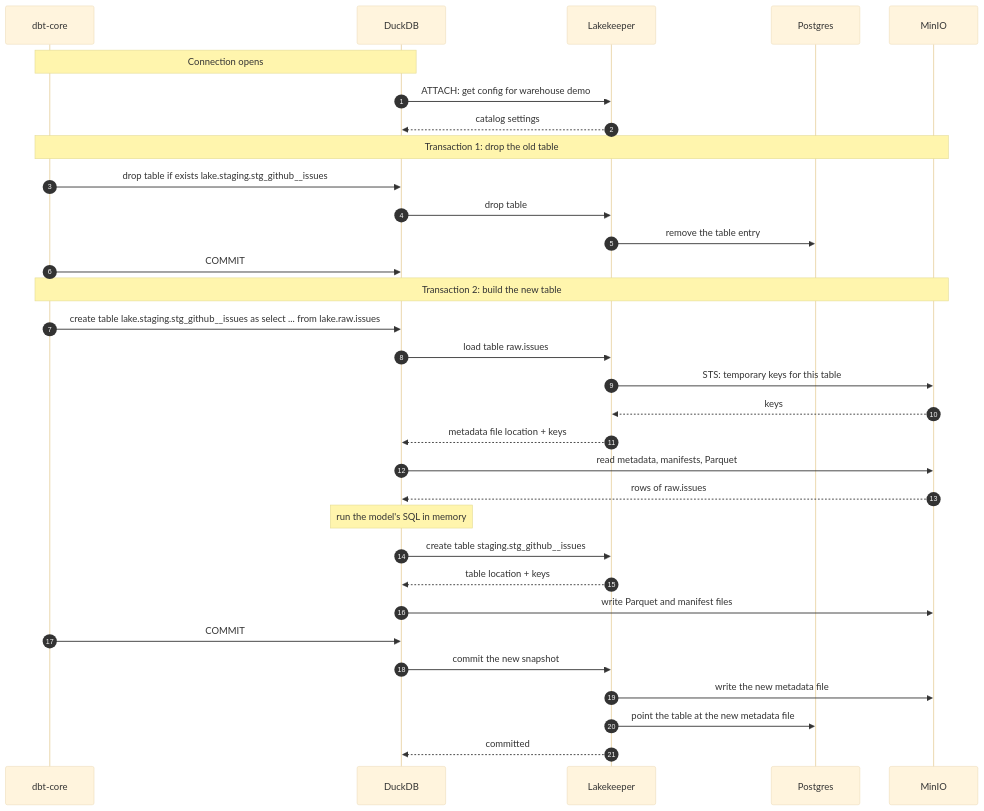
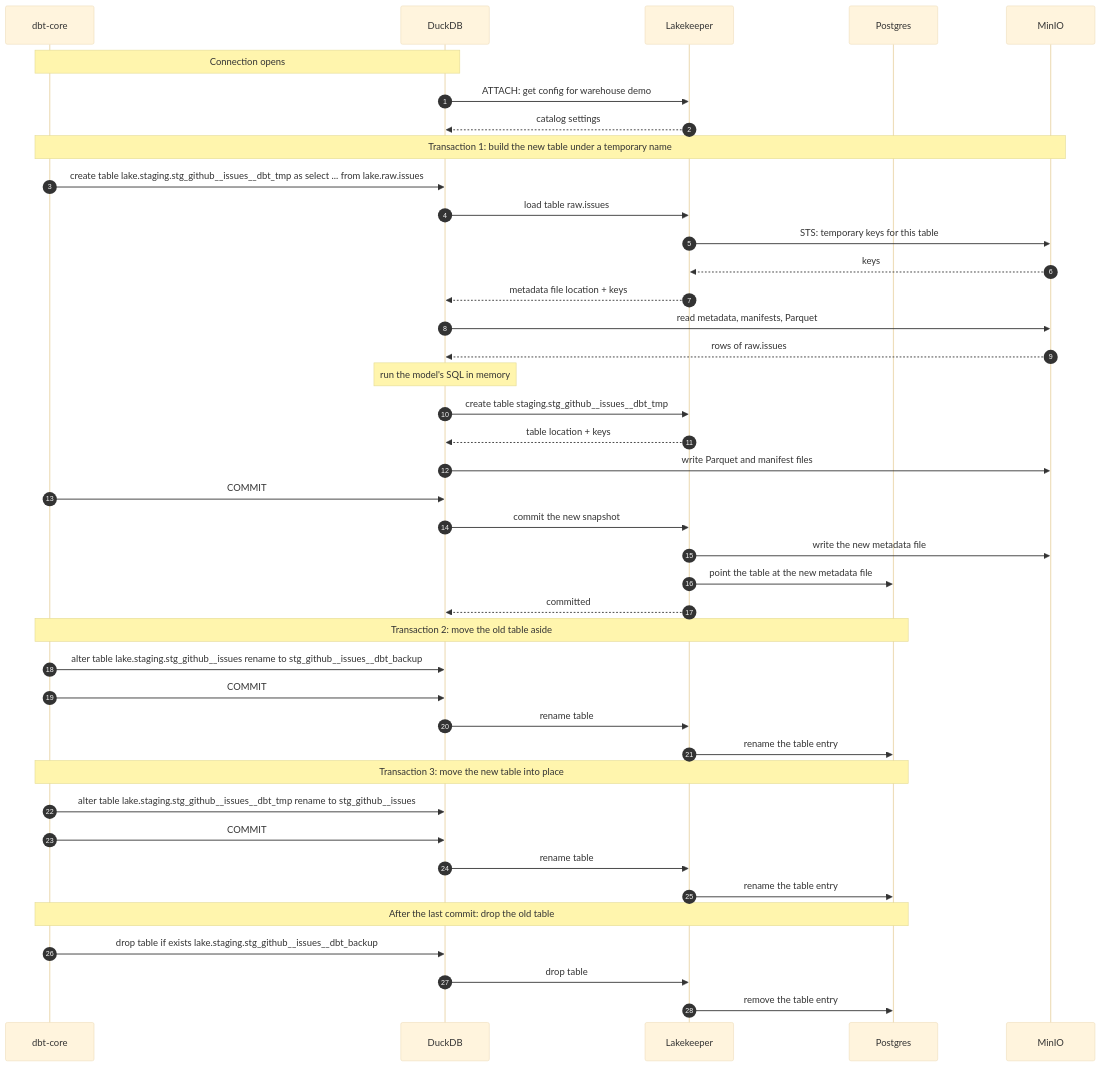
One commit to jeremiah-wa/iceberg-elt-demo changed the third of 5 diagrams in transform/docs/architecture.md. Above: the diagram before and after it, drawn with Mermaid (base theme). The commit also changed other lines of this file and 3 other files, not shown here.

````diff
--- a/transform/docs/architecture.md
+++ b/transform/docs/architecture.md
@@ -111,37 +111,48 @@
 ```mermaid
 sequenceDiagram
     autonumber
     participant dbt as dbt-core
     participant duck as DuckDB
     participant lk as Lakekeeper
     participant pg as Postgres
     participant s3 as MinIO
 
     Note over dbt,duck: Connection opens
     duck->>lk: ATTACH: get config for warehouse demo
     lk-->>duck: catalog settings
 
-    Note over dbt,s3: Transaction 1: drop the old table
-    dbt->>duck: drop table if exists lake.staging.stg_github__issues
-    duck->>lk: drop table
-    lk->>pg: remove the table entry
-    dbt->>duck: COMMIT
-
-    Note over dbt,s3: Transaction 2: build the new table
-    dbt->>duck: create table lake.staging.stg_github__issues as select ... from lake.raw.issues
+    Note over dbt,s3: Transaction 1: build the new table under a temporary name
+    dbt->>duck: create table lake.staging.stg_github__issues__dbt_tmp as select ... from lake.raw.issues
     duck->>lk: load table raw.issues
     lk->>s3: STS: temporary keys for this table
     s3-->>lk: keys
     lk-->>duck: metadata file location + keys
     duck->>s3: read metadata, manifests, Parquet
     s3-->>duck: rows of raw.issues
     Note over duck: run the model's SQL in memory
-    duck->>lk: create table staging.stg_github__issues
+    duck->>lk: create table staging.stg_github__issues__dbt_tmp
     lk-->>duck: table location + keys
     duck->>s3: write Parquet and manifest files
     dbt->>duck: COMMIT
     duck->>lk: commit the new snapshot
     lk->>s3: write the new metadata file
     lk->>pg: point the table at the new metadata file
     lk-->>duck: committed
+
+    Note over dbt,pg: Transaction 2: move the old table aside
+    dbt->>duck: alter table lake.staging.stg_github__issues rename to stg_github__issues__dbt_backup
+    dbt->>duck: COMMIT
+    duck->>lk: rename table
+    lk->>pg: rename the table entry
+
+    Note over dbt,pg: Transaction 3: move the new table into place
+    dbt->>duck: alter table lake.staging.stg_github__issues__dbt_tmp rename to stg_github__issues
+    dbt->>duck: COMMIT
+    duck->>lk: rename table
+    lk->>pg: rename the table entry
+
+    Note over dbt,pg: After the last commit: drop the old table
+    dbt->>duck: drop table if exists lake.staging.stg_github__issues__dbt_backup
+    duck->>lk: drop table
+    lk->>pg: remove the table entry
 ```
````
